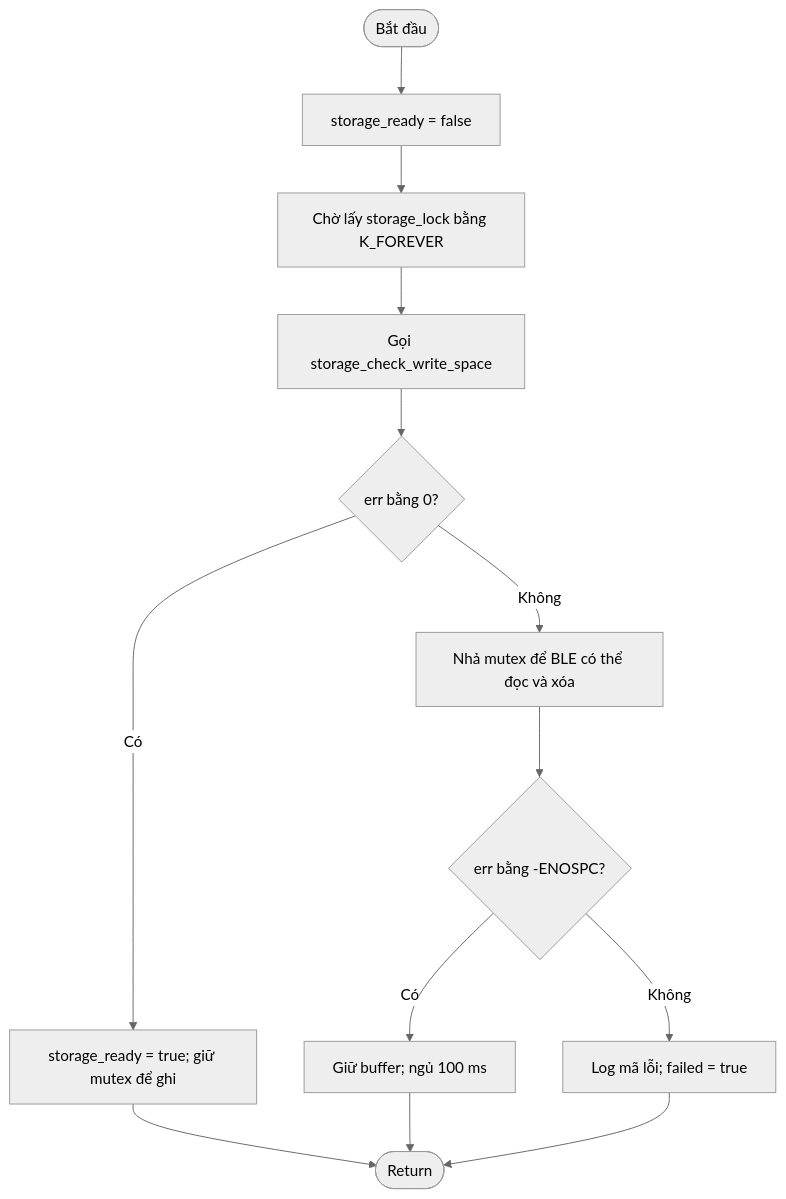
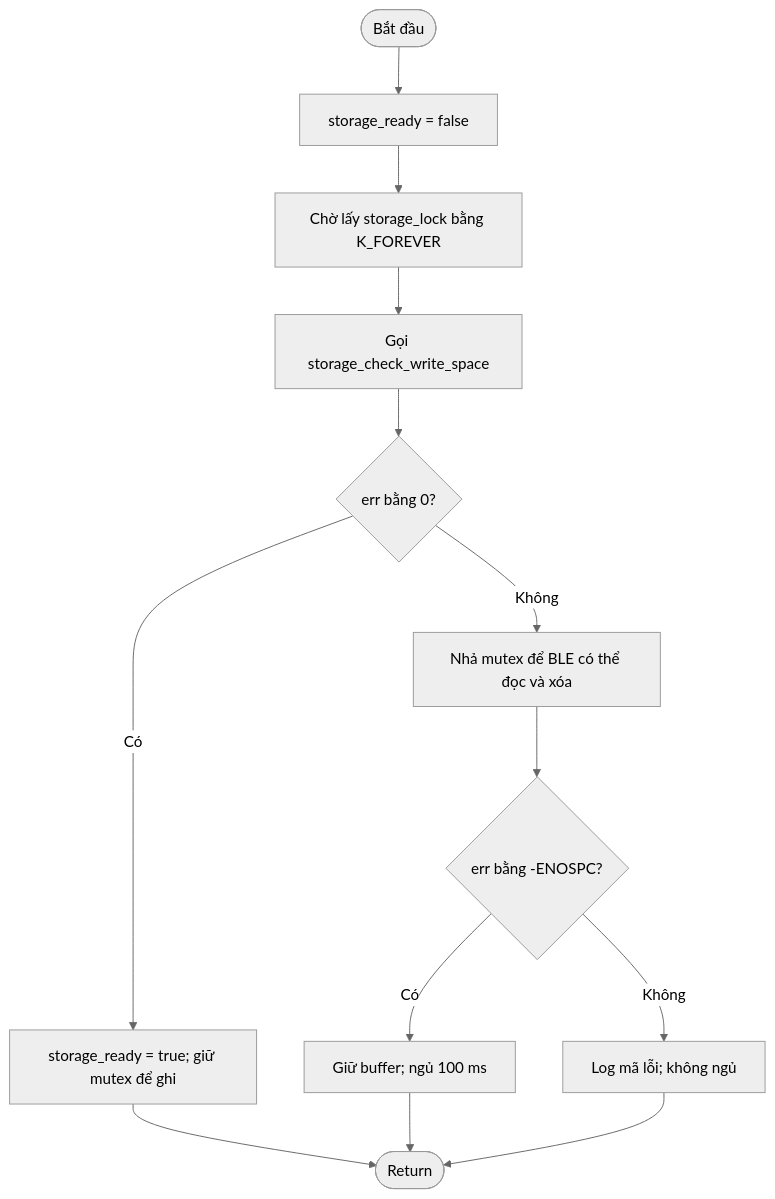
One commit to kietnq1606/holter-chest-node changed the tenth of 14 diagrams in applications/app_design.md. Above: the diagram before and after it, drawn with Mermaid (neutral theme). The commit also changed other lines of this file and 17 other files, not shown here.

````diff
--- a/applications/app_design.md
+++ b/applications/app_design.md
@@ -282,15 +282,15 @@
 ```mermaid
 flowchart TD
     A([Bắt đầu]) --> B[storage_ready = false]
     B --> C[Chờ lấy storage_lock bằng K_FOREVER]
     C --> D[Gọi storage_check_write_space]
     D --> E{err bằng 0?}
     E -- Có --> F[storage_ready = true; giữ mutex để ghi]
     F --> R([Return])
     E -- Không --> G[Nhả mutex để BLE có thể đọc và xóa]
     G --> H{err bằng -ENOSPC?}
     H -- Có --> I[Giữ buffer; ngủ 100 ms]
     I --> R
-    H -- Không --> J[Log mã lỗi; failed = true]
+    H -- Không --> J[Log mã lỗi; không ngủ]
     J --> R
 ```
````
